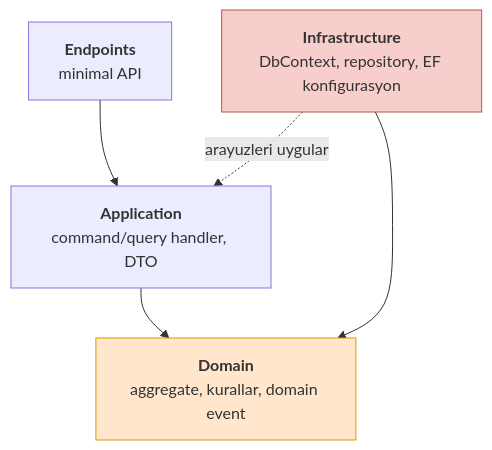
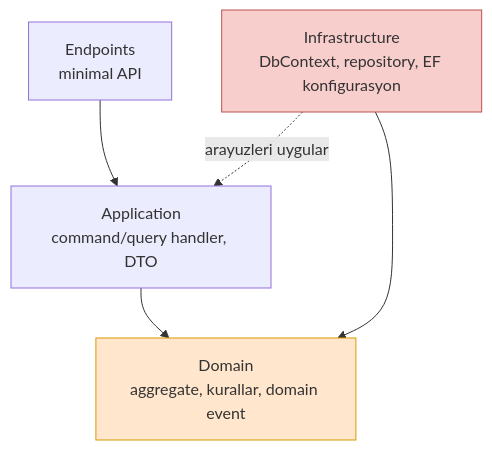
Before and after one commit to SenaKocaslan/fleetops: the second of 9 diagrams in docs/02-functional-analysis.md, drawn with Mermaid. The commit also changed other lines of this file and 1 other file, not shown here.

````diff
--- a/docs/02-functional-analysis.md
+++ b/docs/02-functional-analysis.md
@@ -45,15 +37,15 @@
 ```mermaid
 flowchart TB
-    E["<b>Endpoints</b><br/>minimal API"]
-    A["<b>Application</b><br/>command/query handler, DTO"]
-    D["<b>Domain</b><br/>aggregate, kurallar, domain event"]
-    I["<b>Infrastructure</b><br/>DbContext, repository, EF konfigurasyon"]
+    E["Endpoints<br/>minimal API"]
+    A["Application<br/>command/query handler, DTO"]
+    D["Domain<br/>aggregate, kurallar, domain event"]
+    I["Infrastructure<br/>DbContext, repository, EF konfigurasyon"]
 
     E --> A
     A --> D
     I -.->|"arayuzleri uygular"| A
     I --> D
 
     style D fill:#ffe6cc,stroke:#d79b00
     style I fill:#f8cecc,stroke:#b85450
 ```
````
